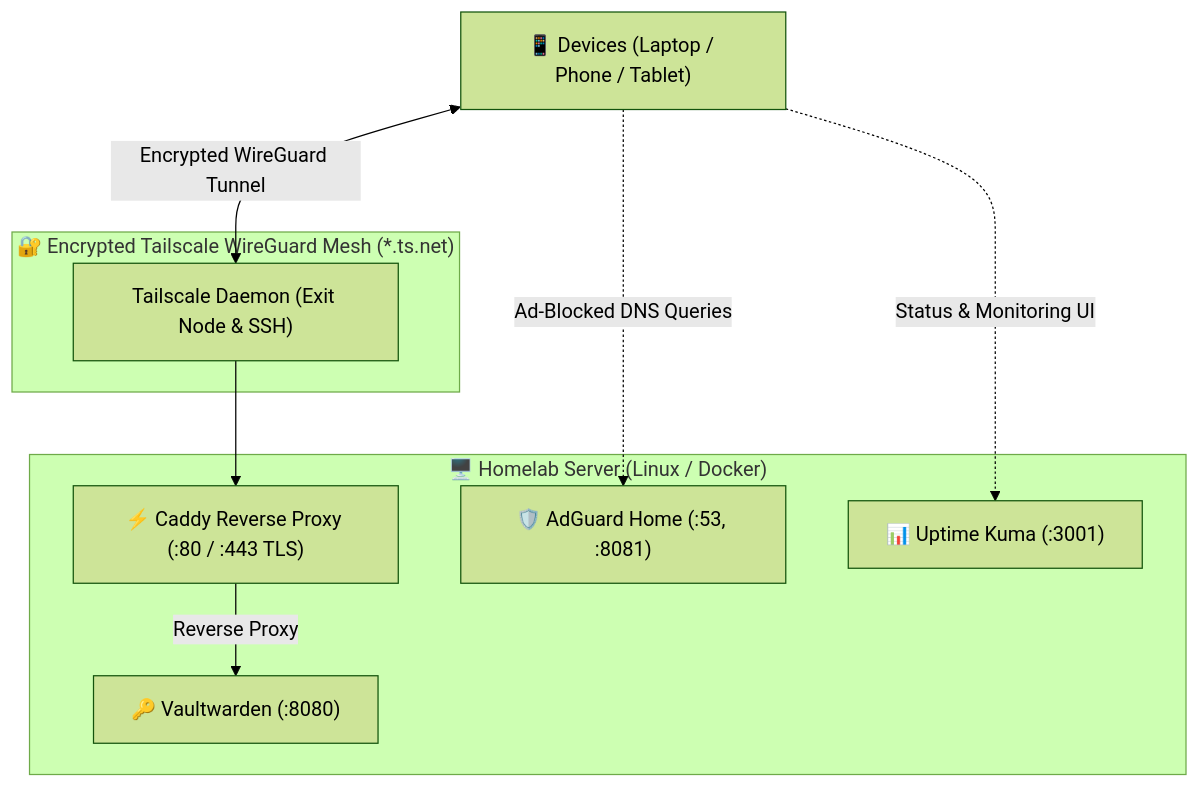
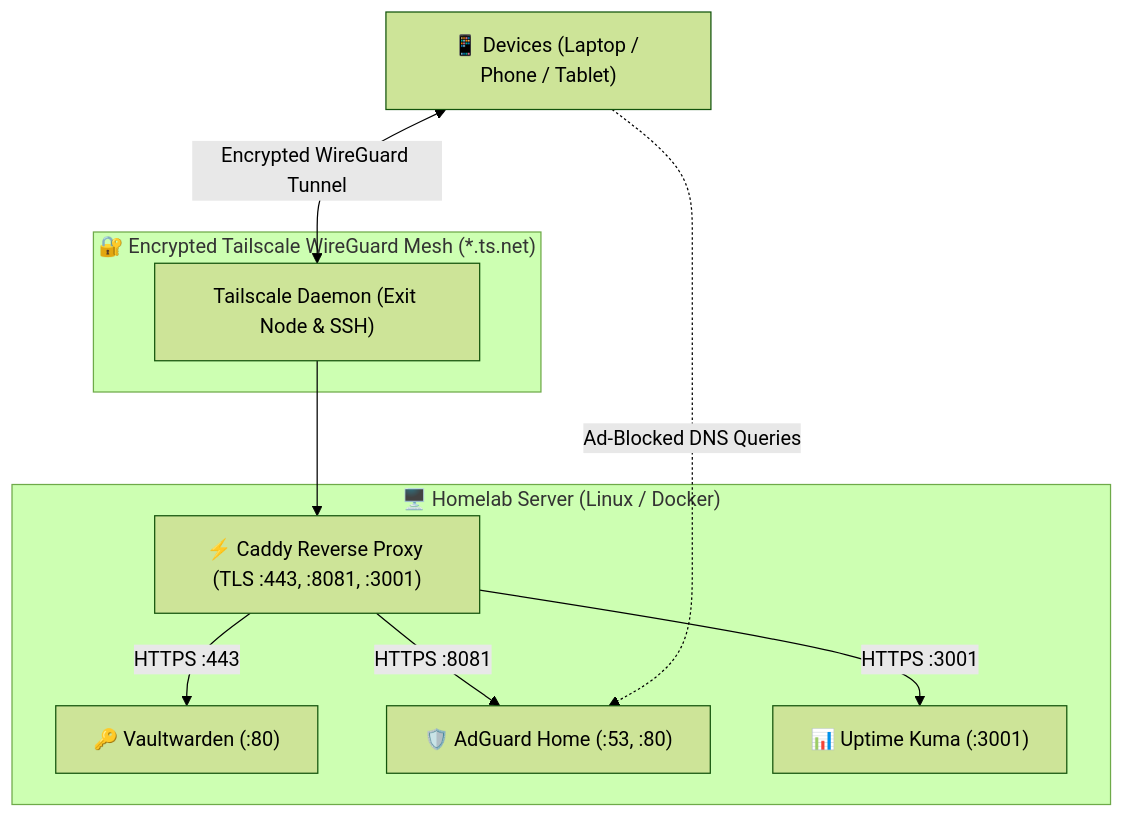
The diagram in README.md (sanjay-namdeo/homelab), drawn with Mermaid (forest theme) before and after one commit. The commit also changed other lines of this file and 5 other files, not shown here.

Commit message:
feat(security): enable Tailscale HTTPS TLS for AdGuard Home and Uptime Kuma

````diff
--- a/README.md
+++ b/README.md
@@ -11,19 +11,20 @@
 ```mermaid
 graph TD
     Client["📱 Devices (Laptop / Phone / Tablet)"]
     subgraph MeshNetwork ["🔐 Encrypted Tailscale WireGuard Mesh (*.ts.net)"]
         TS["Tailscale Daemon (Exit Node & SSH)"]
     end
     subgraph Host ["🖥️ Homelab Server (Linux / Docker)"]
-        Caddy["⚡ Caddy Reverse Proxy (:80 / :443 TLS)"]
-        VW["🔑 Vaultwarden (:8080)"]
-        AG["🛡️ AdGuard Home (:53, :8081)"]
+        Caddy["⚡ Caddy Reverse Proxy (TLS :443, :8081, :3001)"]
+        VW["🔑 Vaultwarden (:80)"]
+        AG["🛡️ AdGuard Home (:53, :80)"]
         UK["📊 Uptime Kuma (:3001)"]
     end
 
     Client <-->|Encrypted WireGuard Tunnel| TS
     TS --> Caddy
-    Caddy -->|Reverse Proxy| VW
+    Caddy -->|HTTPS :443| VW
+    Caddy -->|HTTPS :8081| AG
+    Caddy -->|HTTPS :3001| UK
     Client -.->|Ad-Blocked DNS Queries| AG
-    Client -.->|Status & Monitoring UI| UK
 ```
````
